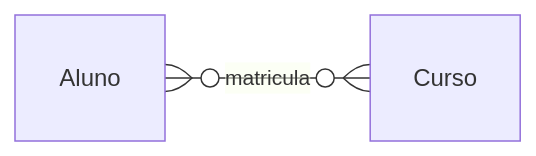
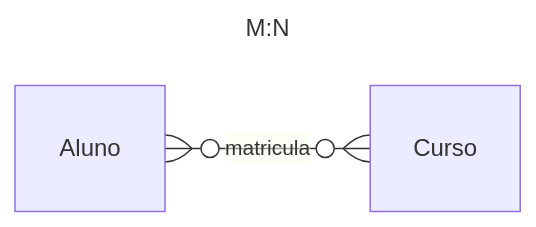
The third of 6 diagrams in notes/data-enginieer.concepts.data-modeling.data-modeling-cardinality.md (dmenezesgabriel/notes), drawn with Mermaid before and after one commit. The commit also changed other lines of this file and 4 other files, not shown here.

````diff
--- a/notes/data-enginieer.concepts.data-modeling.data-modeling-cardinality.md
+++ b/notes/data-enginieer.concepts.data-modeling.data-modeling-cardinality.md
@@ -29,5 +37,9 @@
 ```mermaid
+---
+title: M:N
+---
+
 erDiagram
   direction LR
   Aluno }o--o{ Curso : matricula
 ```
````
